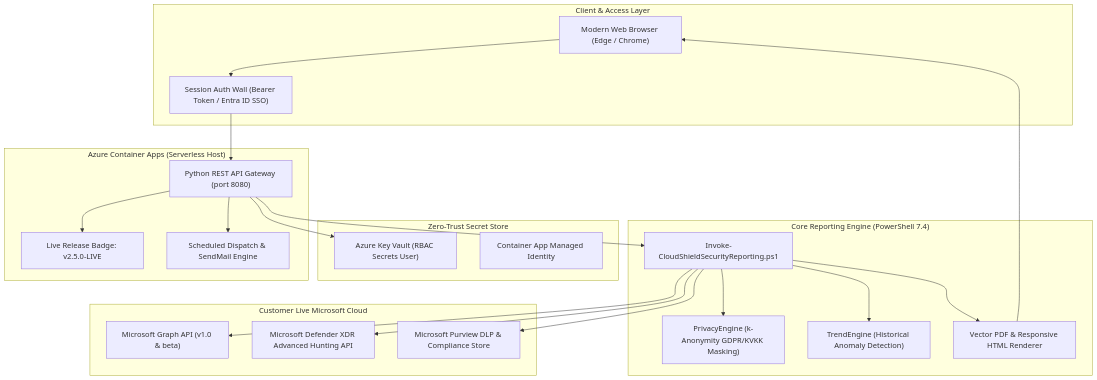
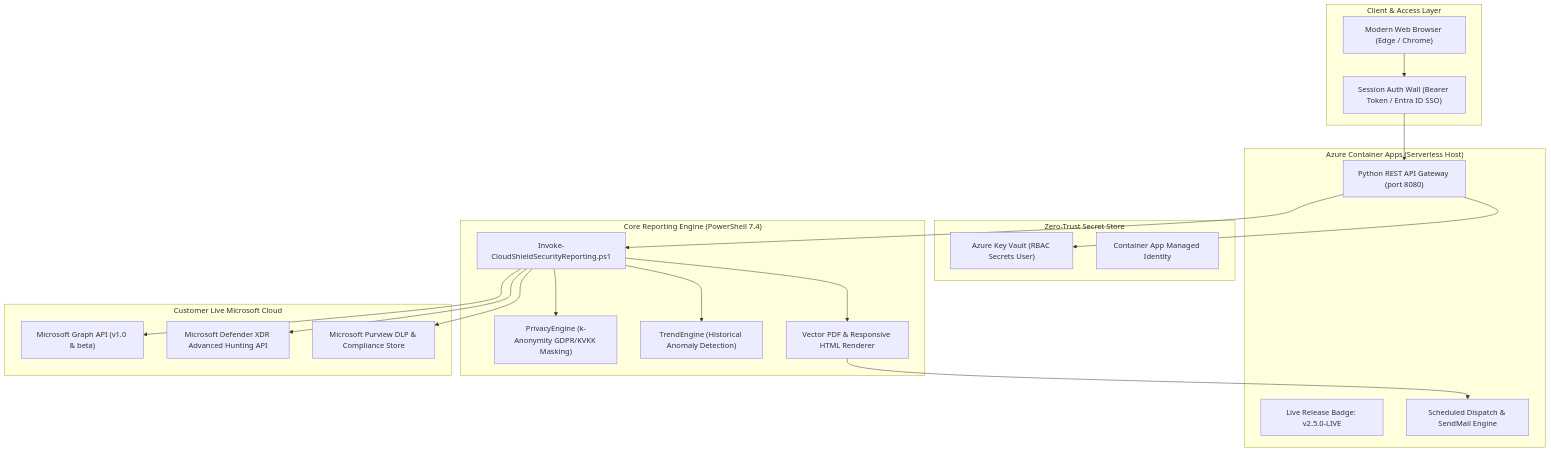
Before and after one commit to canercetinkaya/cloudshield-mssp-portal: the diagram in README.md, drawn with Mermaid. The commit also changed other lines of this file and 23 other files, not shown here.

````diff
--- a/README.md
+++ b/README.md
@@ -28,45 +31,43 @@
 ```mermaid
 flowchart TD
     subgraph ClientLayer ["Client & Access Layer"]
         Browser["Modern Web Browser (Edge / Chrome)"]
         AuthWall["Session Auth Wall (Bearer Token / Entra ID SSO)"]
     end
 
     subgraph PortalLayer ["Azure Container Apps (Serverless Host)"]
         WebServer["Python REST API Gateway (port 8080)"]
         VersionBadge["Live Release Badge: v2.5.0-LIVE"]
         ReportDispatcher["Scheduled Dispatch & SendMail Engine"]
     end
 
     subgraph SecurityVault ["Zero-Trust Secret Store"]
         AKV["Azure Key Vault (RBAC Secrets User)"]
         ManagedIdentity["Container App Managed Identity"]
     end
 
     subgraph EngineLayer ["Core Reporting Engine (PowerShell 7.4)"]
         EngineMain["Invoke-CloudShieldSecurityReporting.ps1"]
         PrivacyEngine["PrivacyEngine (k-Anonymity GDPR/KVKK Masking)"]
         TrendEngine["TrendEngine (Historical Anomaly Detection)"]
         Renderer["Vector PDF & Responsive HTML Renderer"]
     end
 
     subgraph MicrosoftCloud ["Customer Live Microsoft Cloud"]
         GraphAPI["Microsoft Graph API (v1.0 & beta)"]
         DefenderAPI["Microsoft Defender XDR Advanced Hunting API"]
         PurviewDLP["Microsoft Purview DLP & Compliance Store"]
     end
 
     Browser --> AuthWall
     AuthWall --> WebServer
-    WebServer --> VersionBadge
-    WebServer --> ReportDispatcher
     WebServer --> AKV
     WebServer --> EngineMain
+    EngineMain --> PrivacyEngine
+    EngineMain --> TrendEngine
+    EngineMain --> Renderer
     EngineMain --> GraphAPI
     EngineMain --> DefenderAPI
     EngineMain --> PurviewDLP
-    EngineMain --> PrivacyEngine
-    EngineMain --> TrendEngine
-    EngineMain --> Renderer
-    Renderer --> Browser
+    Renderer --> ReportDispatcher
 ```
````
